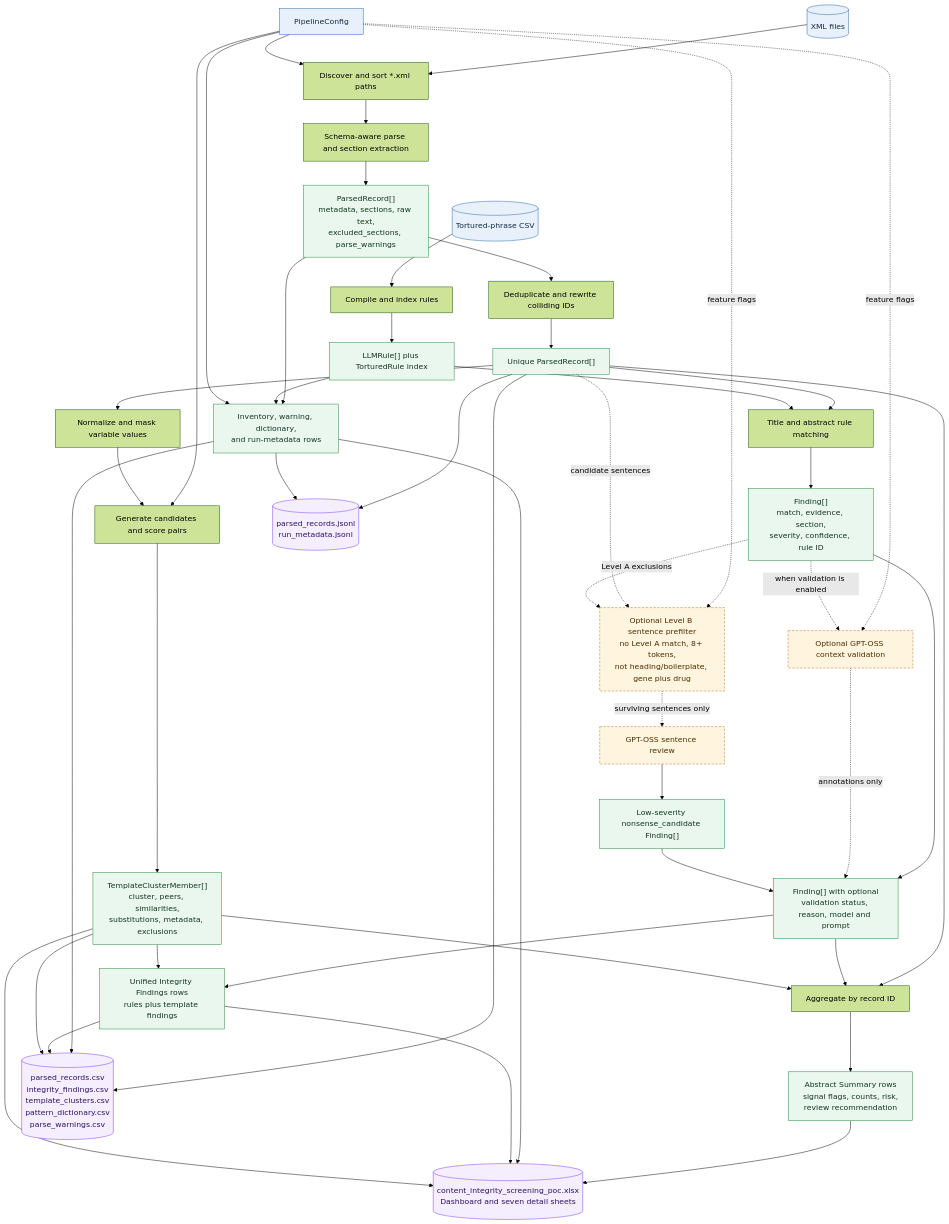
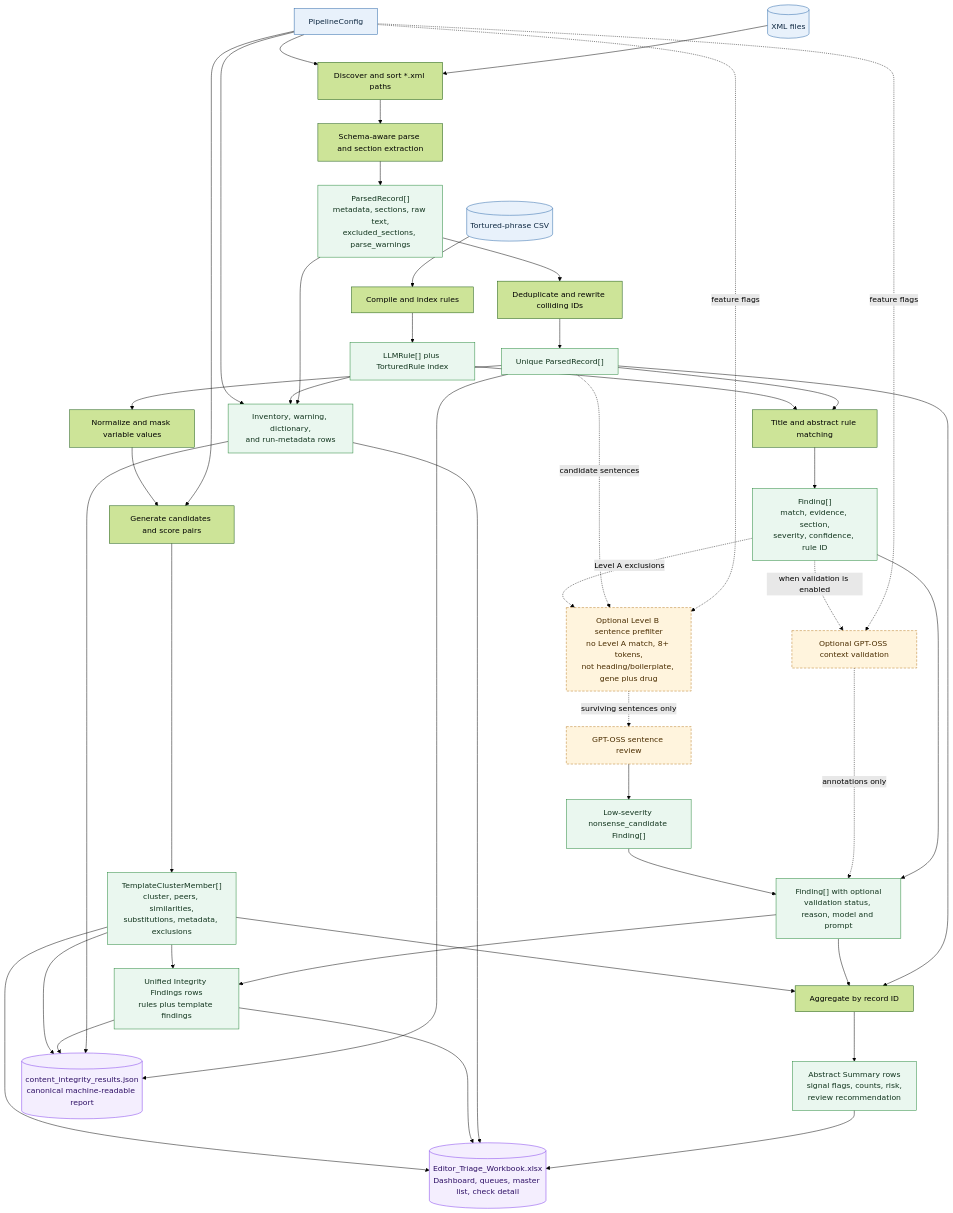
The diagram in docs/diagrams/data_flow.mmd (pavan-182/content_integrity_checks), drawn with Mermaid (forest theme) before and after one commit. The commit also changed 17 other files, not shown here.

Commit message:
• fix: merge content integrity schema and hide nonsense/high-confidence flags

```diff
--- a/docs/diagrams/data_flow.mmd
+++ b/docs/diagrams/data_flow.mmd
@@ -1,83 +1,80 @@
 flowchart TD
     XML[("XML files")]
     CSV[("Tortured-phrase CSV")]
     Config["PipelineConfig"]
 
     Discover["Discover and sort *.xml paths"]
     Parse["Schema-aware parse and section extraction"]
     Parsed["ParsedRecord[]<br/>metadata, sections, raw text,<br/>excluded_sections, parse_warnings"]
     Dedupe["Deduplicate and rewrite colliding IDs"]
     Records["Unique ParsedRecord[]"]
 
     Compile["Compile and index rules"]
     RuleIndex["LLMRule[] plus TorturedRule index"]
     RuleDetect["Title and abstract rule matching"]
     RawFindings["Finding[]<br/>match, evidence, section,<br/>severity, confidence, rule ID"]
 
     Prefilter["Optional Level B sentence prefilter<br/>no Level A match, 8+ tokens,<br/>not heading/boilerplate, gene plus drug"]
     SentenceReview["GPT-OSS sentence review"]
     CandidateFindings["Low-severity nonsense_candidate Finding[]"]
 
     Validation["Optional GPT-OSS context validation"]
     Annotated["Finding[] with optional<br/>validation status, reason, model and prompt"]
 
     Mask["Normalize and mask variable values"]
     Pair["Generate candidates and score pairs"]
     Clusters["TemplateClusterMember[]<br/>cluster, peers, similarities,<br/>substitutions, metadata, exclusions"]
 
     Aggregate["Aggregate by record ID"]
     Summary["Abstract Summary rows<br/>signal flags, counts, risk,<br/>review recommendation"]
     Inventory["Inventory, warning, dictionary,<br/>and run-metadata rows"]
     FindingsRows["Unified Integrity Findings rows<br/>rules plus template findings"]
 
-    JSONL[("parsed_records.jsonl<br/>run_metadata.jsonl")]
-    FlatFiles[("parsed_records.csv<br/>integrity_findings.csv<br/>template_clusters.csv<br/>pattern_dictionary.csv<br/>parse_warnings.csv")]
-    Excel[("content_integrity_screening_poc.xlsx<br/>Dashboard and seven detail sheets")]
+    JSON[("content_integrity_results.json<br/>canonical machine-readable report")]
+    Excel[("Editor_Triage_Workbook.xlsx<br/>Dashboard, queues, master list, check detail")]
 
     XML --> Discover --> Parse --> Parsed --> Dedupe --> Records
     CSV --> Compile --> RuleIndex
     Config --> Discover
     Config --> Pair
     Config -. "feature flags" .-> Prefilter
     Config -. "feature flags" .-> Validation
 
     Records --> RuleDetect
     RuleIndex --> RuleDetect --> RawFindings
     Records -. "candidate sentences" .-> Prefilter
     RawFindings -. "Level A exclusions" .-> Prefilter
     Prefilter -. "surviving sentences only" .-> SentenceReview --> CandidateFindings
     RawFindings --> Annotated
     RawFindings -. "when validation is enabled" .-> Validation
     Validation -. "annotations only" .-> Annotated
     CandidateFindings --> Annotated
 
     Records --> Mask --> Pair --> Clusters
     Records --> Aggregate
     Annotated --> Aggregate
     Clusters --> Aggregate --> Summary
 
     Parsed --> Inventory
     RuleIndex --> Inventory
     Config --> Inventory
     Annotated --> FindingsRows
     Clusters --> FindingsRows
 
-    Records --> JSONL
-    Inventory --> JSONL
-    Records --> FlatFiles
-    Inventory --> FlatFiles
-    FindingsRows --> FlatFiles
-    Clusters --> FlatFiles
+    Records --> JSON
+    Inventory --> JSON
+    FindingsRows --> JSON
+    Clusters --> JSON
     Summary --> Excel
     Inventory --> Excel
     FindingsRows --> Excel
     Clusters --> Excel
 
     classDef source fill:#e8f1fb,stroke:#2563a6,color:#102a43;
     classDef contract fill:#eaf7ef,stroke:#238636,color:#12351e;
     classDef optional fill:#fff4dd,stroke:#b7791f,color:#4a2d00,stroke-dasharray:5 3;
     classDef output fill:#f4eefe,stroke:#7c3aed,color:#2e1065;
     class XML,CSV,Config source;
     class Parsed,Records,RuleIndex,RawFindings,CandidateFindings,Annotated,Clusters,Summary,Inventory,FindingsRows contract;
     class Prefilter,SentenceReview,Validation optional;
-    class JSONL,FlatFiles,Excel output;
+    class JSON,Excel output;
```
